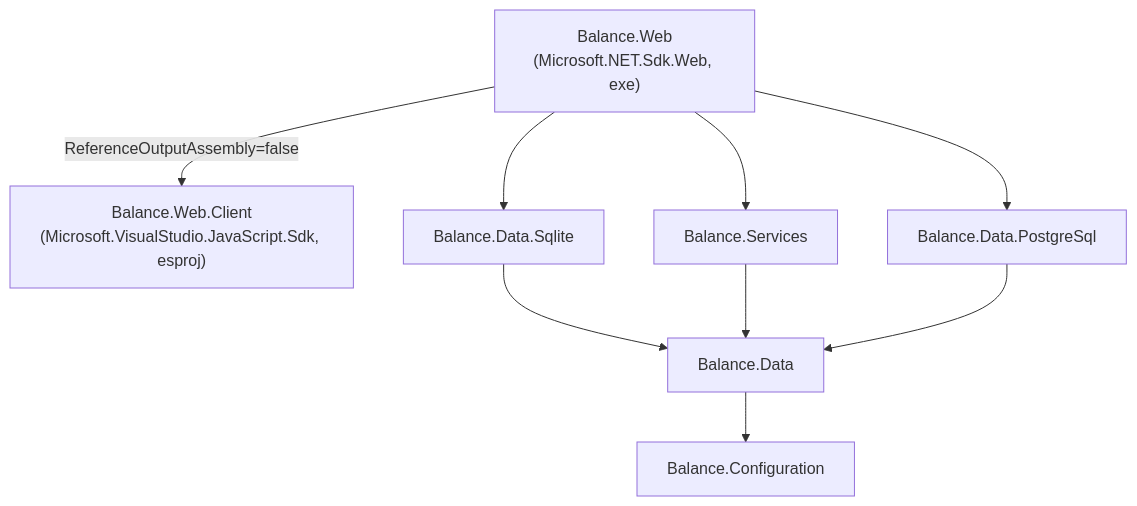
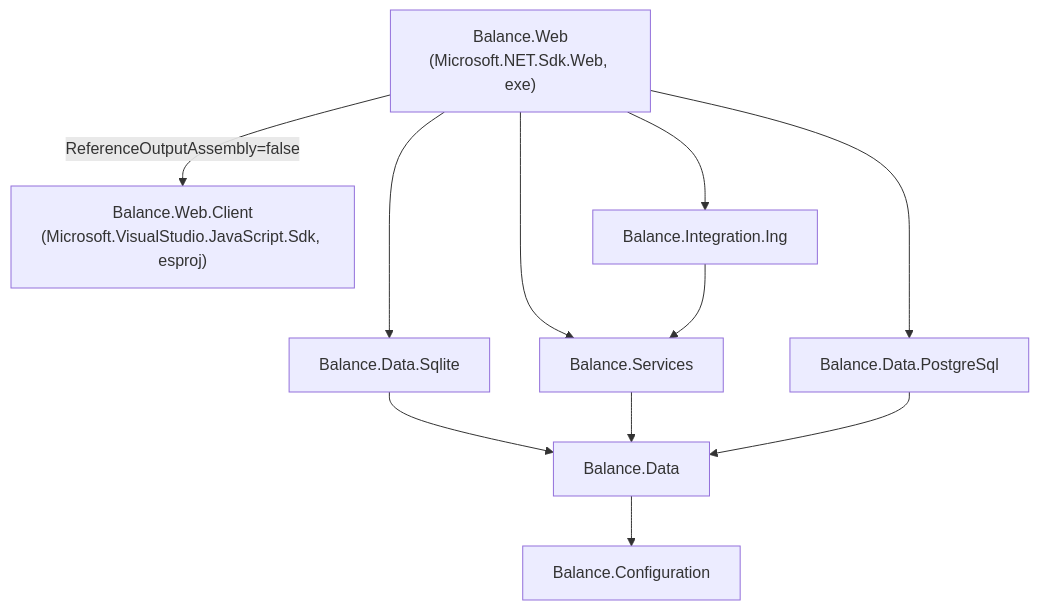
The diagram in docs/architecture.md (balance-budget/balance-budget), drawn with Mermaid before and after one commit. The commit also changed other lines of this file and 30 other files, not shown here.

````diff
--- a/docs/architecture.md
+++ b/docs/architecture.md
@@ -26,21 +27,24 @@
 ```mermaid
 graph TD
     Web["Balance.Web<br/>(Microsoft.NET.Sdk.Web, exe)"]
     Client["Balance.Web.Client<br/>(Microsoft.VisualStudio.JavaScript.Sdk, esproj)"]
     Sqlite[Balance.Data.Sqlite]
     Postgres[Balance.Data.PostgreSql]
     Services[Balance.Services]
     Data[Balance.Data]
     Configuration[Balance.Configuration]
+    IntegrationIng[Balance.Integration.Ing]
 
     Web -->|ReferenceOutputAssembly=false| Client
     Web --> Sqlite
     Web --> Services
     Web --> Postgres
+    Web --> IntegrationIng
 
     Sqlite --> Data
     Services --> Data
     Postgres --> Data
+    IntegrationIng --> Services
 
     Data --> Configuration
 ```
````
